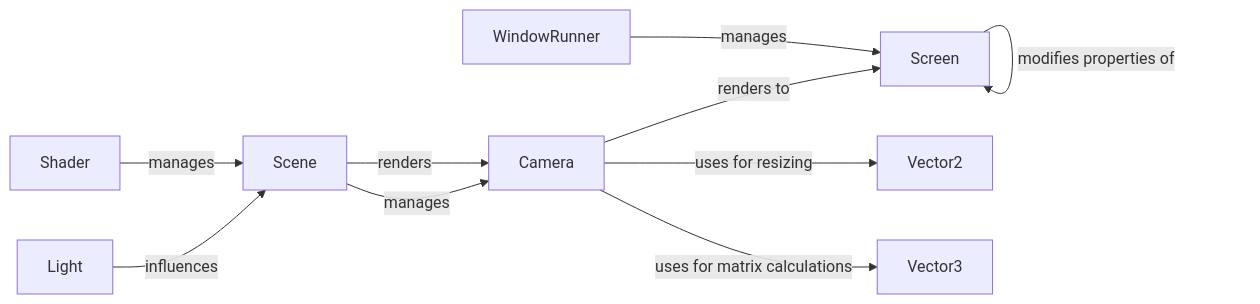
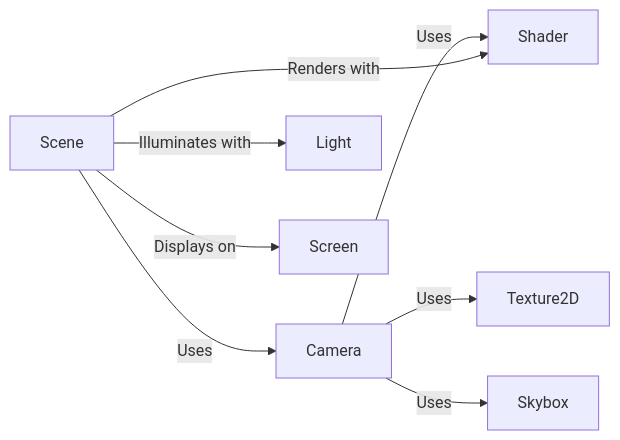
Before and after one commit to CodeBoarding/GeneratedOnBoardings: the diagram in pyunity/Rendering Pipeline.md, drawn with Mermaid. The commit also changed other lines of this file and 17 other files, not shown here.

````diff
--- a/pyunity/Rendering Pipeline.md
+++ b/pyunity/Rendering Pipeline.md
@@ -1,20 +1,17 @@
 ```mermaid
 graph LR
     Camera["Camera"]
+    Shader["Shader"]
     Light["Light"]
-    Shader["Shader"]
     Screen["Screen"]
-    WindowRunner["WindowRunner"]
     Scene["Scene"]
-    Vector2["Vector2"]
-    Vector3["Vector3"]
-    Camera -- "renders to" --> Screen
-    Light -- "influences" --> Scene
-    Shader -- "manages" --> Scene
-    Screen -- "modifies properties of" --> Screen
-    WindowRunner -- "manages" --> Screen
-    Scene -- "manages" --> Camera
-    Camera -- "uses for resizing" --> Vector2
-    Camera -- "uses for matrix calculations" --> Vector3
-    Scene -- "renders" --> Camera
+    Texture2D["Texture2D"]
+    Skybox["Skybox"]
+    Camera -- "Uses" --> Shader
+    Scene -- "Uses" --> Camera
+    Camera -- "Uses" --> Texture2D
+    Camera -- "Uses" --> Skybox
+    Scene -- "Renders with" --> Shader
+    Scene -- "Illuminates with" --> Light
+    Scene -- "Displays on" --> Screen
 ```
````
